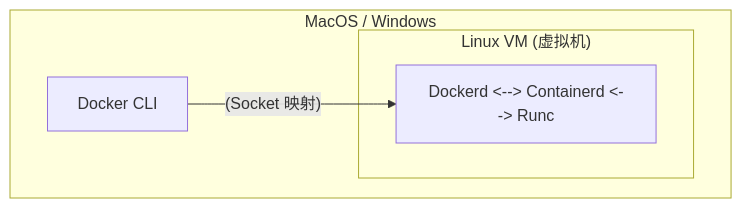
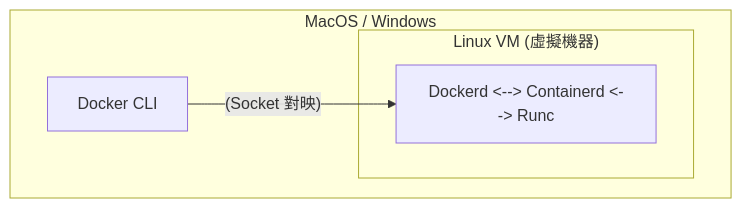
Before and after one commit to alexkuoecity/docker-practice-master-zh-tw: the third of 3 diagrams in 12_implementation/12.1_arch.md, drawn with Mermaid. The commit also changed other lines of this file and 200 other files, not shown here.

````diff
--- a/12_implementation/12.1_arch.md
+++ b/12_implementation/12.1_arch.md
@@ -112,10 +112,10 @@
 ```mermaid
 flowchart TD
     subgraph HostOS ["MacOS / Windows"]
         CLI["Docker CLI"]
-        subgraph LinuxVM ["Linux VM (虚拟机)"]
+        subgraph LinuxVM ["Linux VM (虛擬機器)"]
             Engine["Dockerd <--> Containerd <--> Runc"]
         end
-        CLI -- "(Socket 映射)" --> Engine
+        CLI -- "(Socket 對映)" --> Engine
     end
 ```
````
